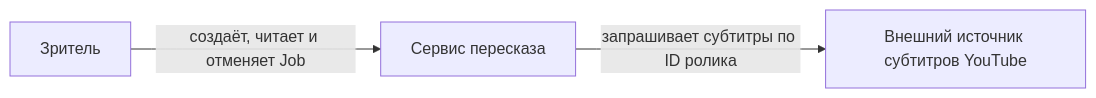
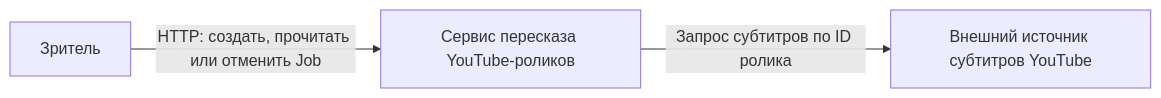
One commit to AIProgramIngeneering2026/team-mars changed the first of 3 diagrams in docs/architecture.md. Above: the diagram before and after it, drawn with Mermaid. The commit also changed other lines of this file, not shown here.

Commit message:
docs: уточнить архитектуру и переходы Job для практики 2

````diff
--- a/docs/architecture.md
+++ b/docs/architecture.md
@@ -5,5 +7,5 @@
 ```mermaid
 flowchart LR
-  User["Зритель"] -->|создаёт, читает и отменяет Job| System["Сервис пересказа"]
-  System -->|запрашивает субтитры по ID ролика| External["Внешний источник субтитров YouTube"]
+    Viewer["Зритель"] -->|"HTTP: создать, прочитать или отменить Job"| Service["Сервис пересказа YouTube-роликов"]
+    Service -->|"Запрос субтитров по ID ролика"| Source["Внешний источник субтитров YouTube"]
 ```
````
